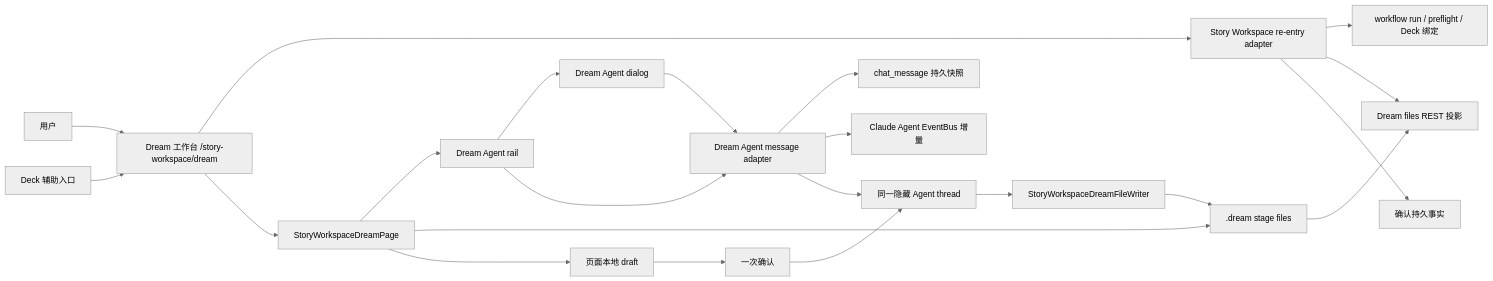
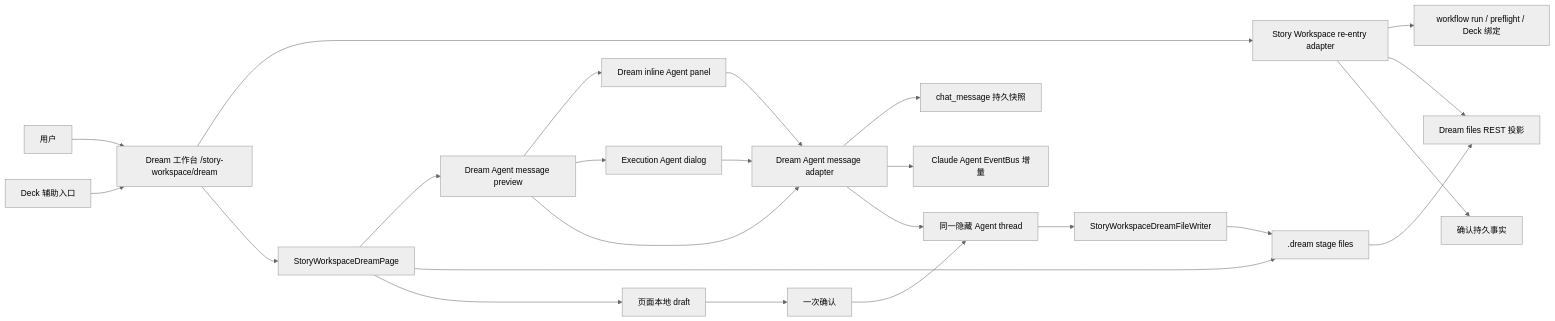
The first of 5 diagrams in docs/design/story-workspace/design_008_dream-reentry-and-agent-workbench.md (glide-the/im-dream), drawn with Mermaid (neutral theme) before and after one commit. The commit also changed other lines of this file and 23 other files, not shown here.

````diff
--- a/docs/design/story-workspace/design_008_dream-reentry-and-agent-workbench.md
+++ b/docs/design/story-workspace/design_008_dream-reentry-and-agent-workbench.md
@@ -107,24 +124,26 @@
 ```mermaid
 flowchart LR
     U["用户"] --> H["Dream 工作台 /story-workspace/dream"]
     D["Deck 辅助入口"] --> H
     H --> R["Story Workspace re-entry adapter"]
     R --> F1["workflow run / preflight / Deck 绑定"]
     R --> F2["Dream files REST 投影"]
     R --> F3["确认持久事实"]
     H --> P["StoryWorkspaceDreamPage"]
-    P --> Rail["Dream Agent rail"]
-    Rail --> Dialog["Dream Agent dialog"]
+    P --> Rail["Dream Agent message preview"]
+    Rail --> Panel["Dream inline Agent panel"]
+    Rail --> Dialog["Execution Agent dialog"]
     Rail --> M["Dream Agent message adapter"]
+    Panel --> M
     Dialog --> M
     M --> CM["chat_message 持久快照"]
     M --> EB["Claude Agent EventBus 增量"]
     M --> HT["同一隐藏 Agent thread"]
     P --> DF[".dream stage files"]
     DF --> F2
     P --> Draft["页面本地 draft"]
     Draft --> Confirm["一次确认"]
     Confirm --> HT
     HT --> Writer["StoryWorkspaceDreamFileWriter"]
     Writer --> DF
 ```
````
